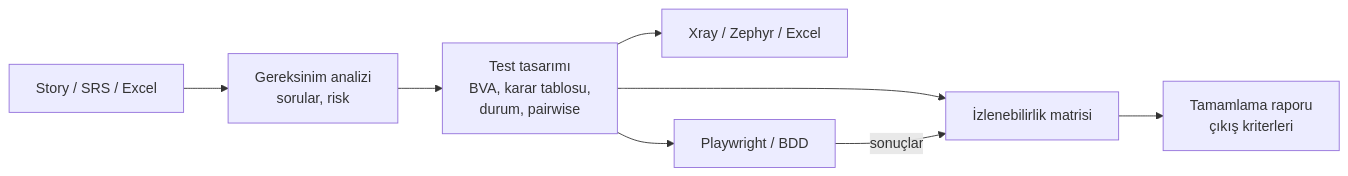
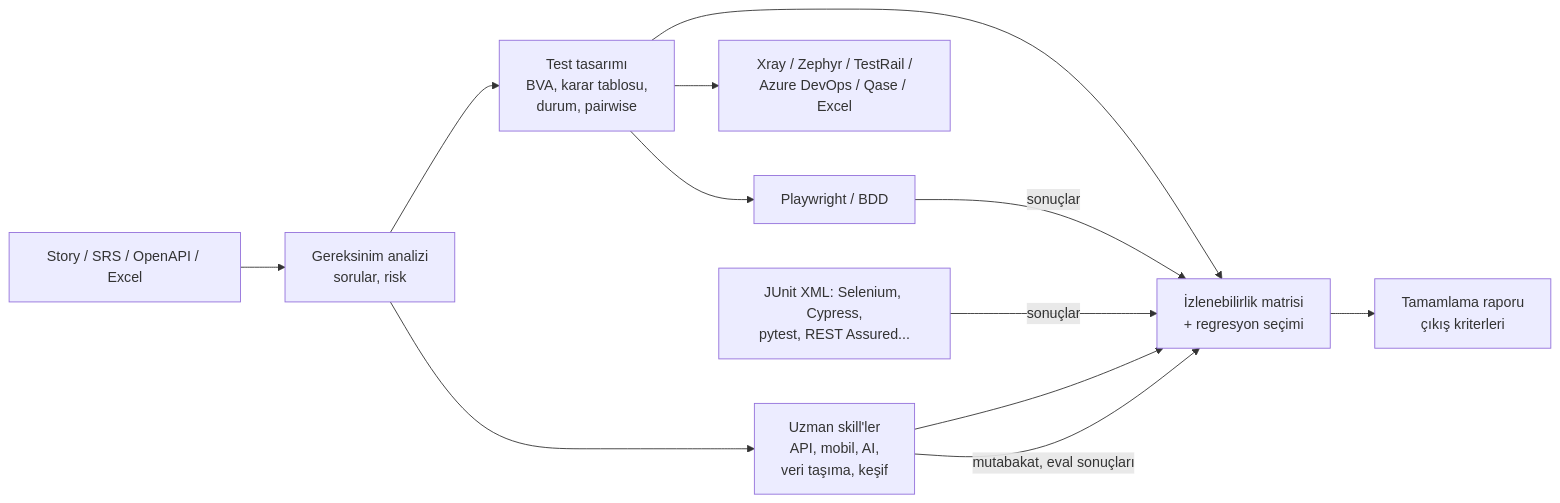
The diagram in README.md (alinurettin/testskills), drawn with Mermaid before and after one commit. The commit also changed other lines of this file and 176 other files, not shown here.

````diff
--- a/README.md
+++ b/README.md
@@ -96,10 +109,14 @@
 ```mermaid
 flowchart LR
-  A[Story / SRS / Excel] --> B[Gereksinim analizi<br/>sorular, risk]
+  A[Story / SRS / OpenAPI / Excel] --> B[Gereksinim analizi<br/>sorular, risk]
   B --> C[Test tasarımı<br/>BVA, karar tablosu,<br/>durum, pairwise]
-  C --> D[İzlenebilirlik matrisi]
-  C --> E[Xray / Zephyr / Excel]
+  B --> S[Uzman skill'ler<br/>API, mobil, AI,<br/>veri taşıma, keşif]
+  C --> D[İzlenebilirlik matrisi<br/>+ regresyon seçimi]
+  S --> D
+  C --> E[Xray / Zephyr / TestRail /<br/>Azure DevOps / Qase / Excel]
   C --> F[Playwright / BDD]
   F -->|sonuçlar| D
+  J[JUnit XML: Selenium, Cypress,<br/>pytest, REST Assured...] -->|sonuçlar| D
+  S -->|mutabakat, eval sonuçları| D
   D --> G[Tamamlama raporu<br/>çıkış kriterleri]
 ```
````
